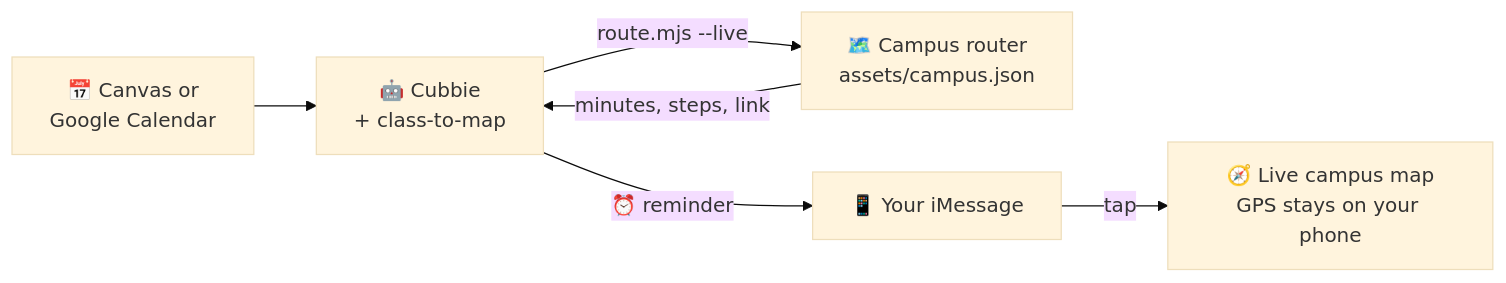
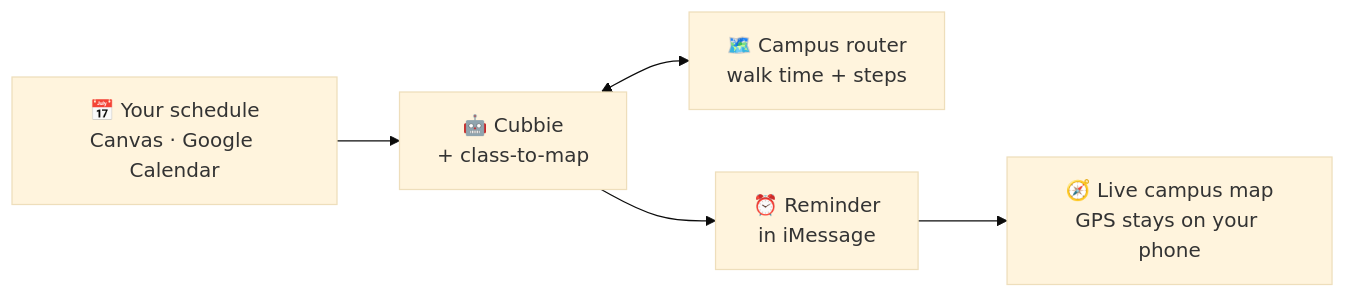
Before and after one commit to owen0124/DevHacks_26: the diagram in README.md, drawn with Mermaid (base theme). The commit also changed other lines of this file, not shown here.

Commit message:
README: cleaner diagram, table header and wrapping
Claude-Session: https://claude.ai/code/session_01Fr2kcRLpdSzHNpHDyRPynP

````diff
--- a/README.md
+++ b/README.md
@@ -85,8 +86,7 @@
 ```mermaid
 flowchart LR
-    S[📅 Canvas or<br/>Google Calendar] --> C
-    C[🤖 Cubbie<br/>+ class-to-map] -- "route.mjs --live" --> R[🗺️ Campus router<br/>assets/campus.json]
-    R -- "minutes, steps, link" --> C
-    C -- "⏰ reminder" --> P[📱 Your iMessage]
-    P -- "tap" --> M[🧭 Live campus map<br/>GPS stays on your phone]
+    S["📅 Your schedule<br/>Canvas · Google Calendar"] --> C["🤖 Cubbie<br/>+ class-to-map"]
+    C <--> R["🗺️ Campus router<br/>walk time + steps"]
+    C --> P["⏰ Reminder<br/>in iMessage"]
+    P --> M["🧭 Live campus map<br/>GPS stays on your phone"]
 ```
````
